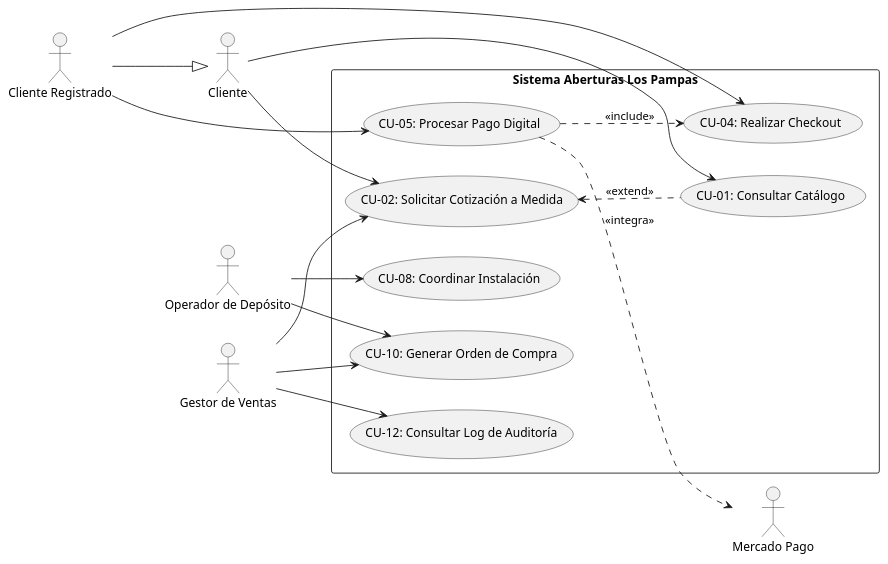
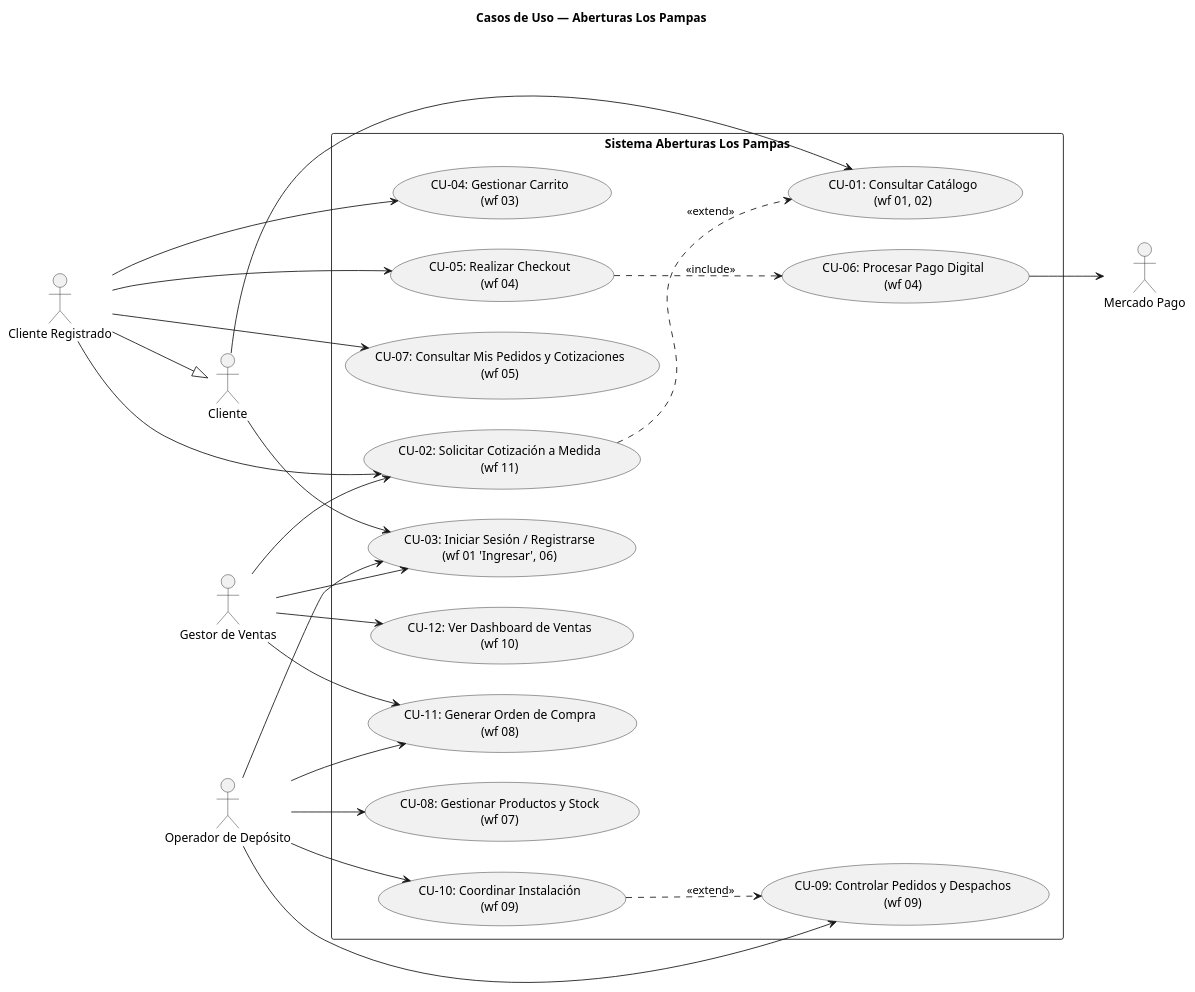
One commit to ScagliaUriel/desarrollo-web-aberturas-los-pampas changed the diagram in diagramas/casos-de-uso.puml. Above: the diagram before and after it, drawn with PlantUML.

Commit message:
Actualización del diagrama de casos de uso: se añadieron descripciones detalladas y se reorganizaron los casos de uso para mejorar la claridad y trazabilidad.

```diff
--- a/diagramas/casos-de-uso.puml
+++ b/diagramas/casos-de-uso.puml
@@ -1,36 +1,51 @@
 @startuml AberturasLosPampas_CasosDeUso
+title Casos de Uso — Aberturas Los Pampas
 left to right direction
 skinparam packageStyle rectangle
 
 actor "Cliente" as usr
 actor "Cliente Registrado" as usrAuth
 actor "Gestor de Ventas" as admin
 actor "Operador de Depósito" as op
 actor "Mercado Pago" as mp
 
 usrAuth --|> usr
 
 rectangle "Sistema Aberturas Los Pampas" {
-  usecase "CU-01: Consultar Catálogo" as CU01
-  usecase "CU-02: Solicitar Cotización a Medida" as CU02
-  usecase "CU-04: Realizar Checkout" as CU04
-  usecase "CU-05: Procesar Pago Digital" as CU05
-  usecase "CU-08: Coordinar Instalación" as CU08
-  usecase "CU-10: Generar Orden de Compra" as CU10
-  usecase "CU-12: Consultar Log de Auditoría" as CU12
+  usecase "CU-01: Consultar Catálogo\n(wf 01, 02)" as CU01
+  usecase "CU-02: Solicitar Cotización a Medida\n(wf 11)" as CU02
+  usecase "CU-03: Iniciar Sesión / Registrarse\n(wf 01 'Ingresar', 06)" as CU03
+  usecase "CU-04: Gestionar Carrito\n(wf 03)" as CU04
+  usecase "CU-05: Realizar Checkout\n(wf 04)" as CU05
+  usecase "CU-06: Procesar Pago Digital\n(wf 04)" as CU06
+  usecase "CU-07: Consultar Mis Pedidos y Cotizaciones\n(wf 05)" as CU07
+  usecase "CU-08: Gestionar Productos y Stock\n(wf 07)" as CU08
+  usecase "CU-09: Controlar Pedidos y Despachos\n(wf 09)" as CU09
+  usecase "CU-10: Coordinar Instalación\n(wf 09)" as CU10
+  usecase "CU-11: Generar Orden de Compra\n(wf 08)" as CU11
+  usecase "CU-12: Ver Dashboard de Ventas\n(wf 10)" as CU12
 }
 
 usr --> CU01
-usr --> CU02
+usr --> CU03
+usrAuth --> CU02
 usrAuth --> CU04
 usrAuth --> CU05
-CU05 ..> mp : <<integra>>
-CU02 <.. CU01 : <<extend>>
-CU05 ..> CU04 : <<include>>
+usrAuth --> CU07
 
+CU02 ..> CU01 : <<extend>>
+CU05 ..> CU06 : <<include>>
+CU06 --> mp
+
+admin --> CU03
 admin --> CU02
-admin --> CU10
+admin --> CU11
+admin --> CU12
+op --> CU03
 op --> CU08
+op --> CU09
 op --> CU10
-admin --> CU12
+op --> CU11
+
+CU10 ..> CU09 : <<extend>>
 @enduml
```
